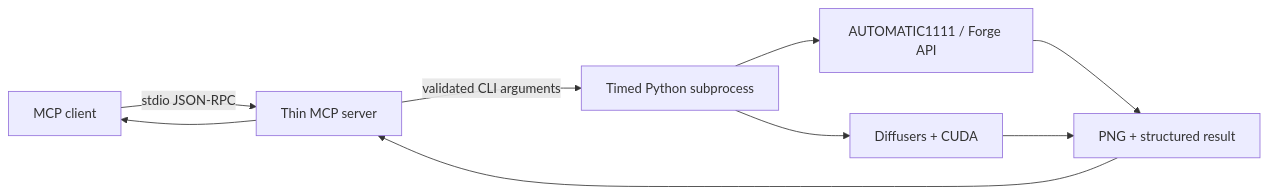
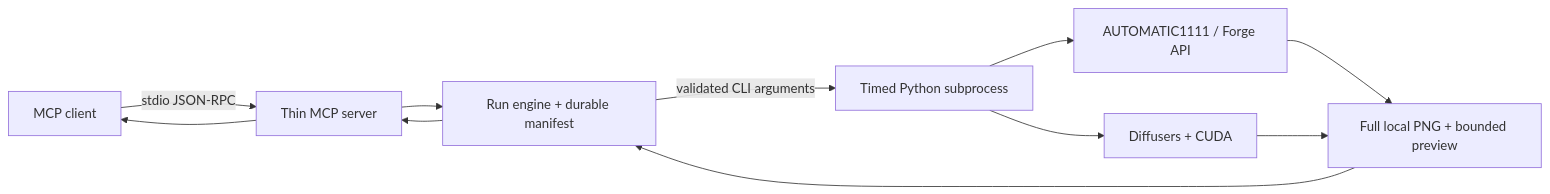
The diagram in README.md (ChevalGrand520/local-gpu-imagegen), drawn with Mermaid before and after one commit. The commit also changed other lines of this file and 7 other files, not shown here.

Commit message:
release: prepare local visual asset engine 0.3.0

````diff
--- a/README.md
+++ b/README.md
@@ -132,11 +181,13 @@
 ```mermaid
 flowchart LR
     A["MCP client"] -->|"stdio JSON-RPC"| B["Thin MCP server"]
-    B -->|"validated CLI arguments"| C["Timed Python subprocess"]
-    C --> D["AUTOMATIC1111 / Forge API"]
-    C --> E["Diffusers + CUDA"]
-    D --> F["PNG + structured result"]
-    E --> F
-    F --> B
+    B --> C["Run engine + durable manifest"]
+    C -->|"validated CLI arguments"| D["Timed Python subprocess"]
+    D --> E["AUTOMATIC1111 / Forge API"]
+    D --> F["Diffusers + CUDA"]
+    E --> G["Full local PNG + bounded preview"]
+    F --> G
+    G --> C
+    C --> B
     B --> A
 ```
````
